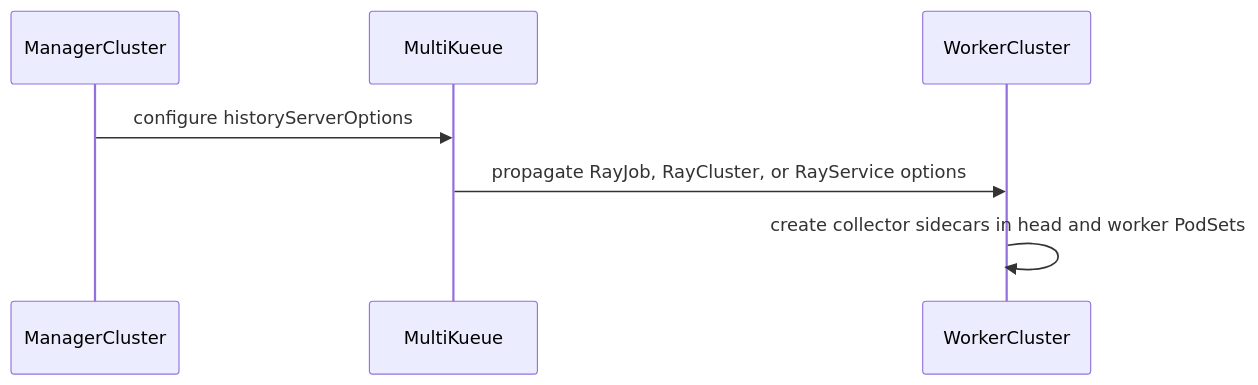
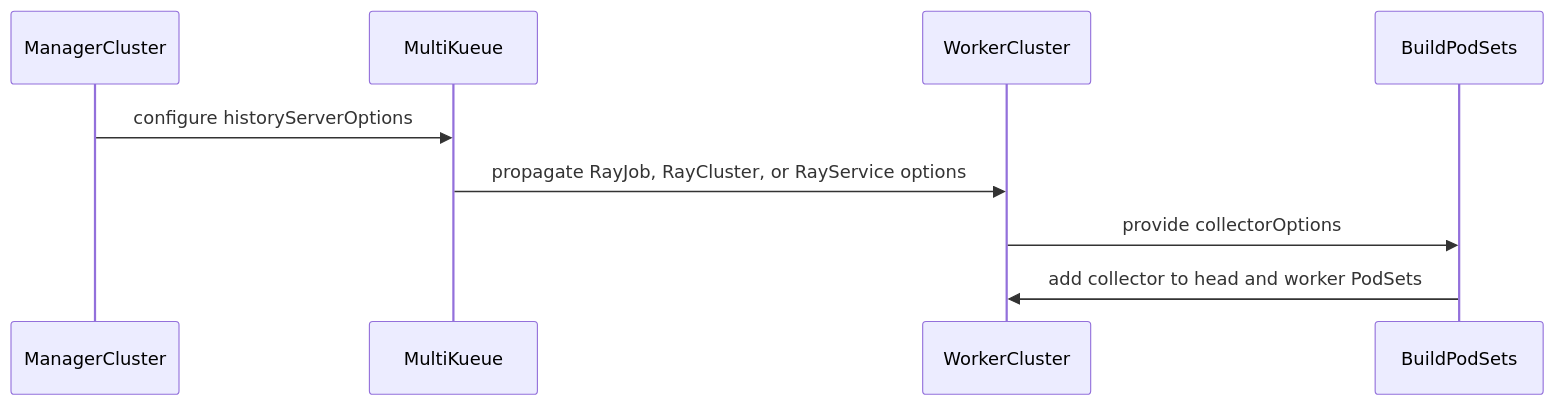
Before and after one commit to reruno/kueue-llm-wiki: the diagram in raw/github/kubernetes-sigs__kueue/pr-14670.md, drawn with Mermaid. The commit also changed other lines of this file and 137 other files, not shown here.

````diff
--- a/raw/github/kubernetes-sigs__kueue/pr-14670.md
+++ b/raw/github/kubernetes-sigs__kueue/pr-14670.md
@@ -204,9 +154,11 @@
 ```mermaid
 sequenceDiagram
   participant ManagerCluster
   participant MultiKueue
   participant WorkerCluster
+  participant BuildPodSets
   ManagerCluster->>MultiKueue: configure historyServerOptions
   MultiKueue->>WorkerCluster: propagate RayJob, RayCluster, or RayService options
-  WorkerCluster->>WorkerCluster: create collector sidecars in head and worker PodSets
+  WorkerCluster->>BuildPodSets: provide collectorOptions
+  BuildPodSets->>WorkerCluster: add collector to head and worker PodSets
 ```
````
